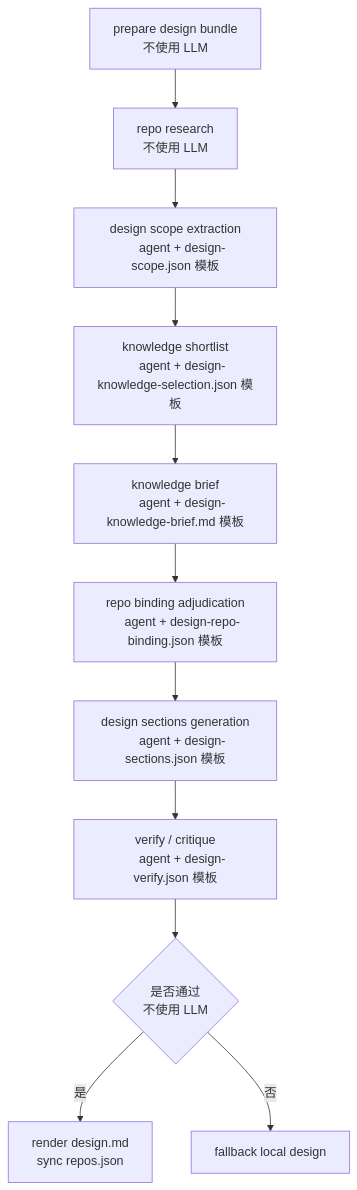
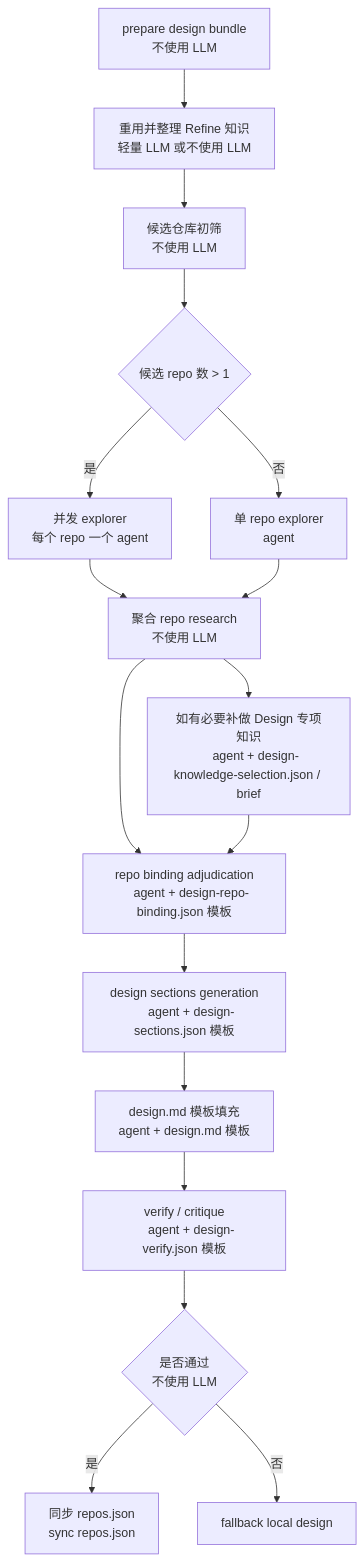
Before and after one commit to DreamCats/coco-flow: the diagram in docs/design-v2-design.md, drawn with Mermaid. The commit also changed other lines of this file and 37 other files, not shown here.

````diff
--- a/docs/design-v2-design.md
+++ b/docs/design-v2-design.md
@@ -456,23 +495,32 @@
 ```mermaid
 flowchart TD
     A["prepare design bundle
-    不使用 LLM"] --> B["repo research
+    不使用 LLM"] --> A2["重用并整理 Refine 知识
+    轻量 LLM 或不使用 LLM"]
+    A2 --> B["候选仓库初筛
     不使用 LLM"]
-    B --> C["design scope extraction
-    agent + design-scope.json 模板"]
-    C --> D["knowledge shortlist
-    agent + design-knowledge-selection.json 模板"]
-    D --> E["knowledge brief
-    agent + design-knowledge-brief.md 模板"]
-    E --> F["repo binding adjudication
+    B --> C{"候选 repo 数 > 1"}
+    C -->|是| D["并发 explorer
+    每个 repo 一个 agent"]
+    C -->|否| E["单 repo explorer
+    agent"]
+    D --> F["聚合 repo research
+    不使用 LLM"]
+    E --> F
+    F --> G["如有必要补做 Design 专项知识
+    agent + design-knowledge-selection.json / brief"]
+    F --> H["repo binding adjudication
     agent + design-repo-binding.json 模板"]
-    F --> G["design sections generation
+    G --> H
+    H --> I["design sections generation
     agent + design-sections.json 模板"]
-    G --> H["verify / critique
+    I --> J["design.md 模板填充
+    agent + design.md 模板"]
+    J --> K["verify / critique
     agent + design-verify.json 模板"]
-    H --> I{"是否通过
+    K --> L{"是否通过
     不使用 LLM"}
-    I -->|是| J["render design.md
+    L -->|是| M["同步 repos.json
     sync repos.json"]
-    I -->|否| K["fallback local design"]
+    L -->|否| N["fallback local design"]
 ```
````
